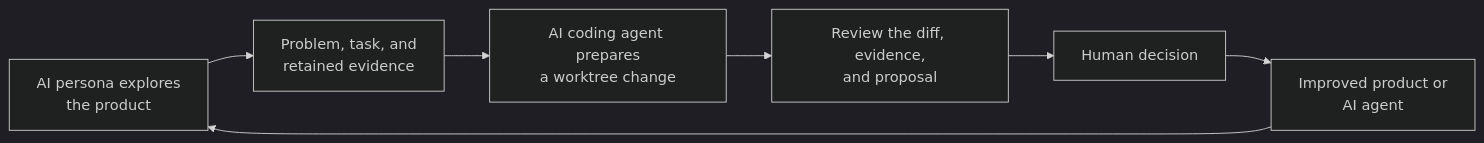
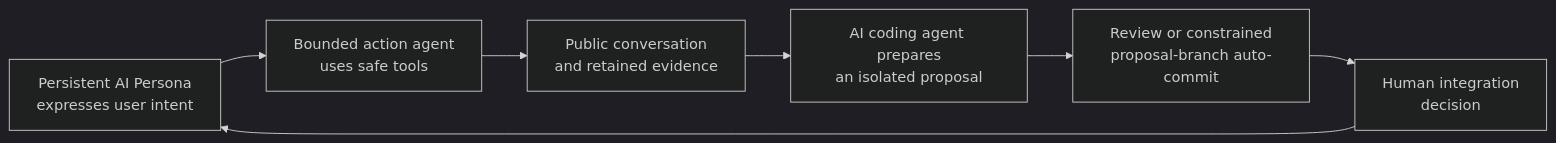
One commit to forthfate/openorbit changed the first of 2 diagrams in README.md. Above: the diagram before and after it, drawn with Mermaid (dark theme). The commit also changed other lines of this file and 1 other file, not shown here.

Commit message:
docs: explain persona operation model

````diff
--- a/README.md
+++ b/README.md
@@ -29,11 +32,11 @@
 ```mermaid
 flowchart LR
-  A[AI persona explores<br/>the product]
-  B[Problem, task, and<br/>retained evidence]
-  C[AI coding agent prepares<br/>a worktree change]
-  D[Review the diff, evidence,<br/>and proposal]
-  E[Human decision]
-  F[Improved product or<br/>AI agent]
+  A[Persistent AI Persona<br/>expresses user intent]
+  B[Bounded action agent<br/>uses safe tools]
+  C[Public conversation<br/>and retained evidence]
+  D[AI coding agent prepares<br/>an isolated proposal]
+  E[Review or constrained<br/>proposal-branch auto-commit]
+  F[Human integration<br/>decision]
 
   A --> B --> C --> D --> E --> F --> A
 ```
````
